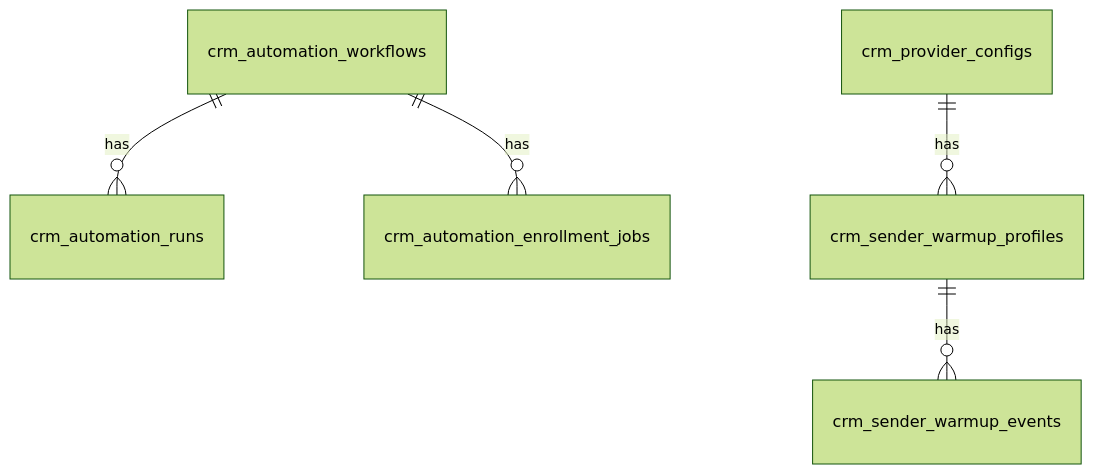
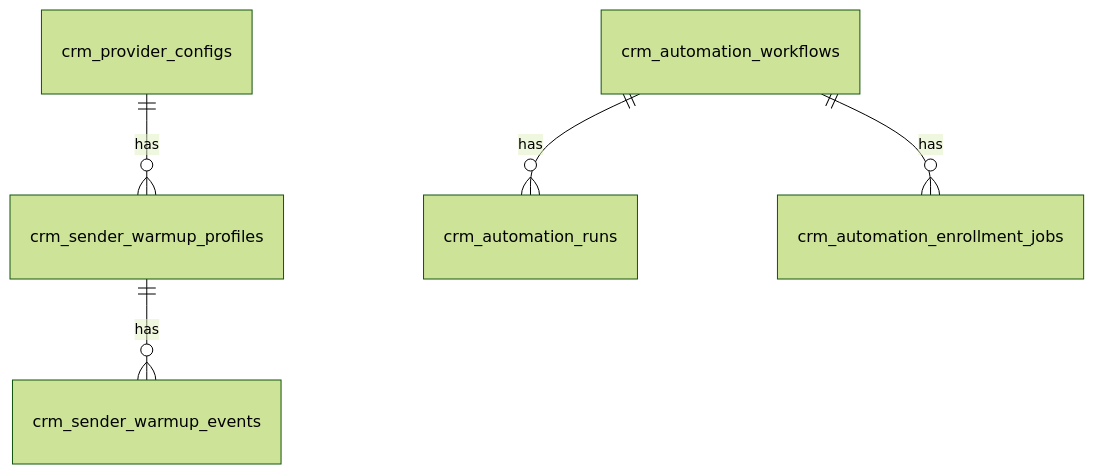
The eighth of 8 diagrams in Mermaid_Diagrams.md (Saksham-Gupta-GH/ER-Diagram), drawn with Mermaid (forest theme) before and after one commit. The commit also changed other lines of this file, not shown here.

Commit message:
Fix ER diagram generation bugs and update mappings

````diff
--- a/Mermaid_Diagrams.md
+++ b/Mermaid_Diagrams.md
@@ -253,7 +254,7 @@
 ```mermaid
 erDiagram
+  crm_provider_configs ||--o{ crm_sender_warmup_profiles : "has"
   crm_automation_workflows ||--o{ crm_automation_runs : "has"
   crm_automation_workflows ||--o{ crm_automation_enrollment_jobs : "has"
-  crm_provider_configs ||--o{ crm_sender_warmup_profiles : "has"
   crm_sender_warmup_profiles ||--o{ crm_sender_warmup_events : "has"
 ```
````
